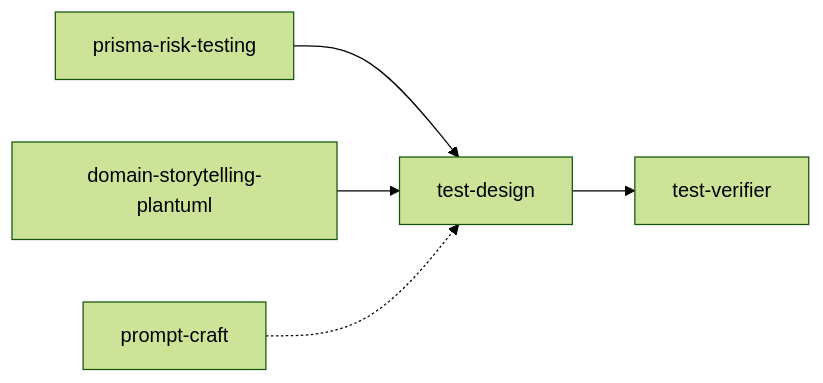
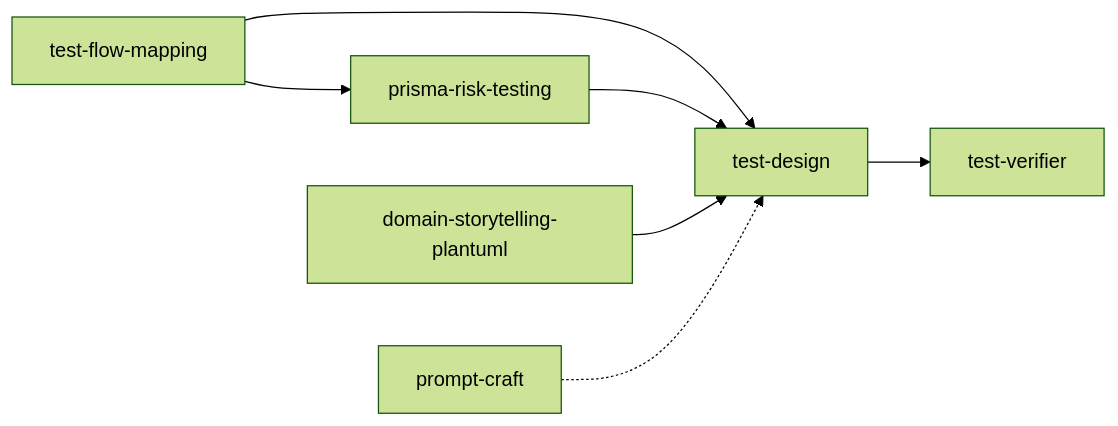
Before and after one commit to qajonatasmartins/skills-testing-qa: the diagram in README.md, drawn with Mermaid (forest theme). The commit also changed other lines of this file and 8 other files, not shown here.

Commit message:
feat: add skill test-flow-mapping para ser um guia para criação de fluxograma de testes, mapeamento de riscos usando o PRISMA ou guiando uma reuniao de refinamento para vc ir anotando e depois ele crair um resumo com os pontos de atencao e teste.

````diff
--- a/README.md
+++ b/README.md
@@ -69,7 +69,9 @@
 ```mermaid
 flowchart LR
-  prisma[prisma-risk-testing] --> design[test-design]
+  flow[test-flow-mapping] --> prisma[prisma-risk-testing]
+  flow --> design[test-design]
+  prisma --> design
   domain[domain-storytelling-plantuml] --> design
   design --> verify[test-verifier]
   prompt[prompt-craft] -.-> design
 ```
````
